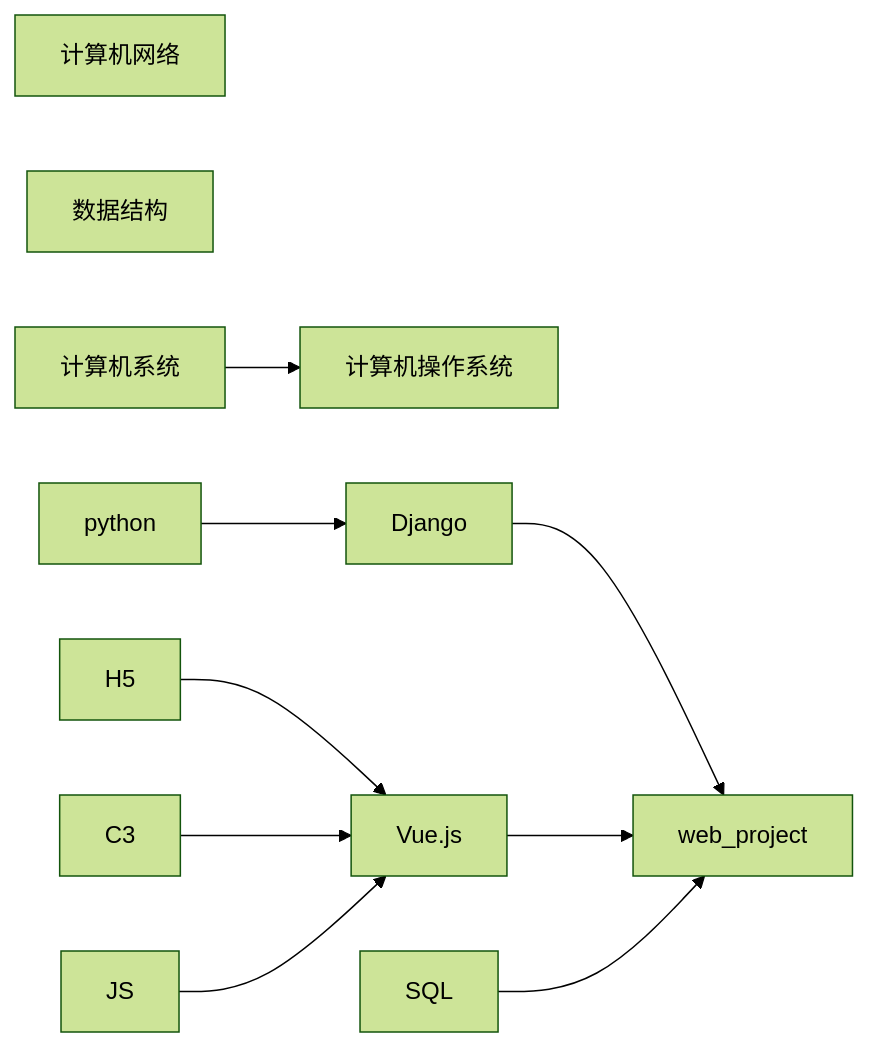
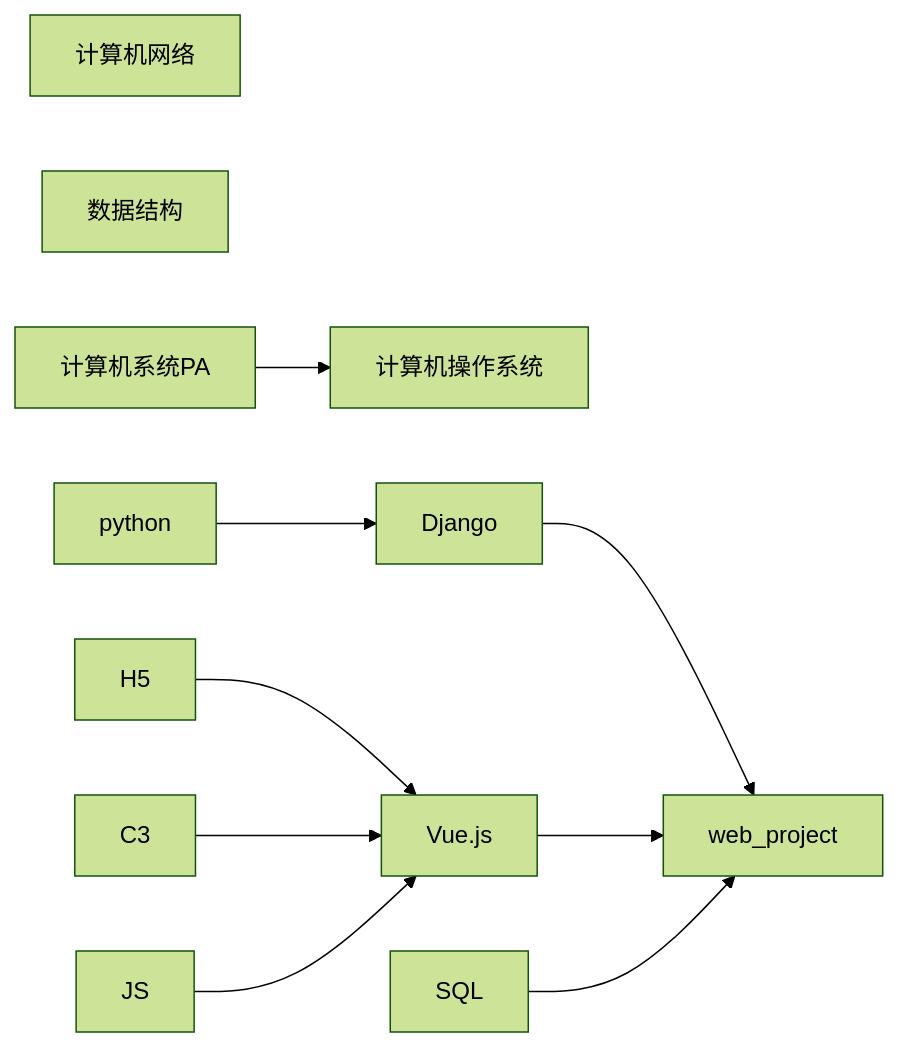
The diagram in index.md (Real-king-Ph/rkNote), drawn with Mermaid (forest theme) before and after one commit. The commit also changed other lines of this file, not shown here.

````diff
--- a/index.md
+++ b/index.md
@@ -17,9 +17,9 @@
 ```mermaid
 flowchart LR
 计算机网络
 数据结构
-计算机系统 --> 计算机操作系统
+计算机系统PA --> 计算机操作系统
 python --> Django
 H5 & C3 & JS --> Vue.js
 Django & Vue.js & SQL--> web_project
 ```
````
